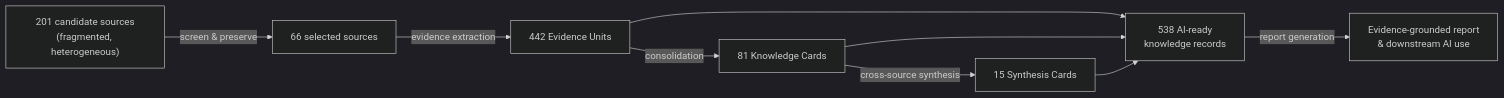
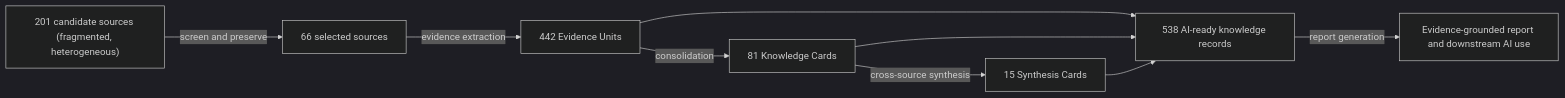
One commit to ZihanZheng2000/reservoir-knowledge-base-design changed the diagram in README.md. Above: the diagram before and after it, drawn with Mermaid (dark theme). The commit also changed other lines of this file and 4 other files, not shown here.

````diff
--- a/README.md
+++ b/README.md
@@ -80,11 +80,11 @@
 ```mermaid
 flowchart LR
-    A["201 candidate sources<br/>(fragmented, heterogeneous)"] -->|screen & preserve| B["66 selected sources"]
+    A["201 candidate sources (fragmented, heterogeneous)"] -->|screen and preserve| B["66 selected sources"]
     B -->|evidence extraction| C["442 Evidence Units"]
     C -->|consolidation| D["81 Knowledge Cards"]
     D -->|cross-source synthesis| E["15 Synthesis Cards"]
-    C --> F["538 AI-ready<br/>knowledge records"]
+    C --> F["538 AI-ready knowledge records"]
     D --> F
     E --> F
-    F -->|report generation| G["Evidence-grounded report<br/>& downstream AI use"]
+    F -->|report generation| G["Evidence-grounded report and downstream AI use"]
 ```
````
